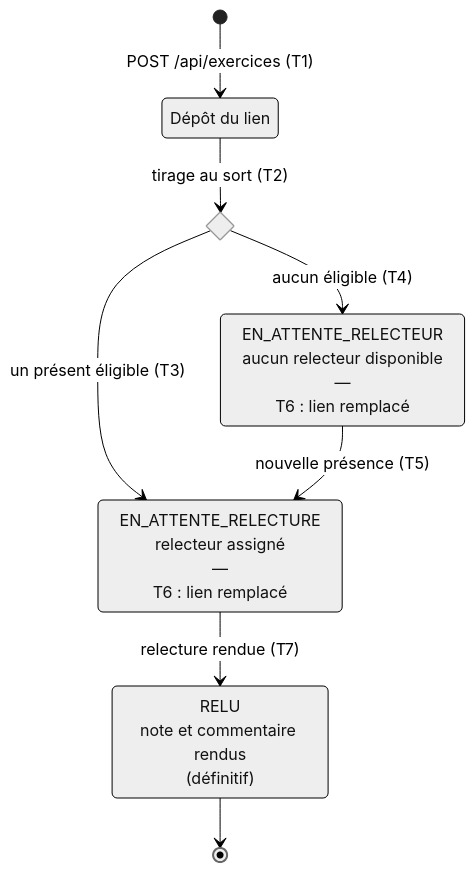
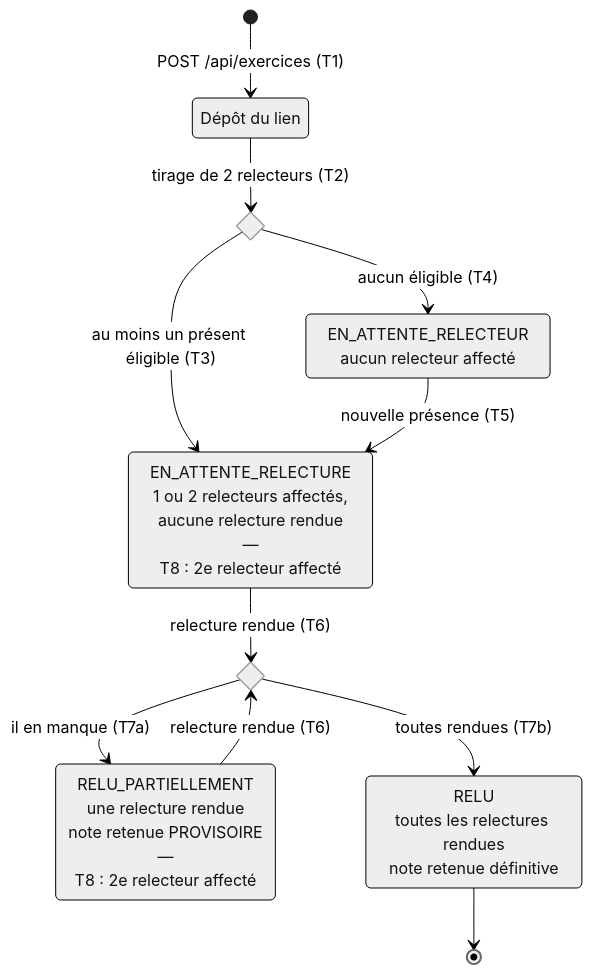
The diagram in docs/diagrammes/D4_etats_exercice.md (jacquessiyou4/kfokam48-epreuve-KF48-YAO-252), drawn with Mermaid (neutral theme) before and after one commit. The commit also changed other lines of this file and 3 other files, not shown here.

First line of the commit message:
docs: met à jour l'analyse — conséquence du changement de besoin (deux relecteurs, note provisoire) — refs #33

````diff
--- a/docs/diagrammes/D4_etats_exercice.md
+++ b/docs/diagrammes/D4_etats_exercice.md
@@ -5,18 +7,23 @@
 ```mermaid
 stateDiagram-v2
     direction TB
 
     state "Dépôt du lien" as Depot
-    state "#nbsp;#nbsp;#nbsp;EN_ATTENTE_RELECTEUR#nbsp;#nbsp;#nbsp;<br/>aucun relecteur disponible<br/>—<br/>T6 : lien remplacé" as EAR
-    state "#nbsp;#nbsp;#nbsp;EN_ATTENTE_RELECTURE#nbsp;#nbsp;#nbsp;<br/>relecteur assigné<br/>—<br/>T6 : lien remplacé" as EARL
-    state "#nbsp;#nbsp;#nbsp;RELU#nbsp;#nbsp;#nbsp;<br/>note et commentaire rendus<br/>(définitif)" as RELU
+    state "#nbsp;#nbsp;#nbsp;EN_ATTENTE_RELECTEUR#nbsp;#nbsp;#nbsp;<br/>aucun relecteur affecté" as EAR
+    state "#nbsp;#nbsp;#nbsp;EN_ATTENTE_RELECTURE#nbsp;#nbsp;#nbsp;<br/>1 ou 2 relecteurs affectés,<br/>aucune relecture rendue<br/>—<br/>T8 : 2e relecteur affecté" as EARL
+    state "#nbsp;#nbsp;#nbsp;RELU_PARTIELLEMENT#nbsp;#nbsp;#nbsp;<br/>une relecture rendue<br/>note retenue PROVISOIRE<br/>—<br/>T8 : 2e relecteur affecté" as PART
+    state "#nbsp;#nbsp;#nbsp;RELU#nbsp;#nbsp;#nbsp;<br/>toutes les relectures rendues<br/>note retenue définitive" as RELU
     state affectation <<choice>>
+    state rendue <<choice>>
 
     [*] --> Depot : POST /api/exercices (T1)
-    Depot --> affectation : tirage au sort (T2)
-    affectation --> EARL : un présent éligible (T3)
+    Depot --> affectation : tirage de 2 relecteurs (T2)
+    affectation --> EARL : au moins un présent éligible (T3)
     affectation --> EAR : aucun éligible (T4)
     EAR --> EARL : nouvelle présence (T5)
-    EARL --> RELU : relecture rendue (T7)
+    EARL --> rendue : relecture rendue (T6)
+    PART --> rendue : relecture rendue (T6)
+    rendue --> PART : il en manque (T7a)
+    rendue --> RELU : toutes rendues (T7b)
     RELU --> [*]
 ```
````
